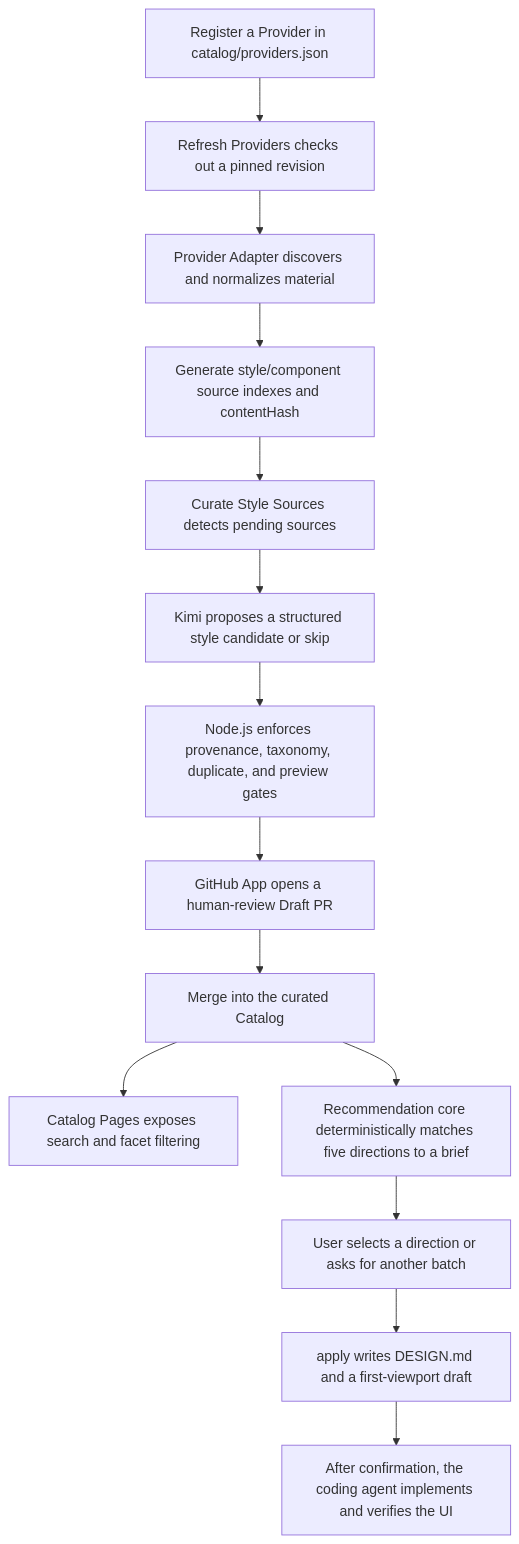
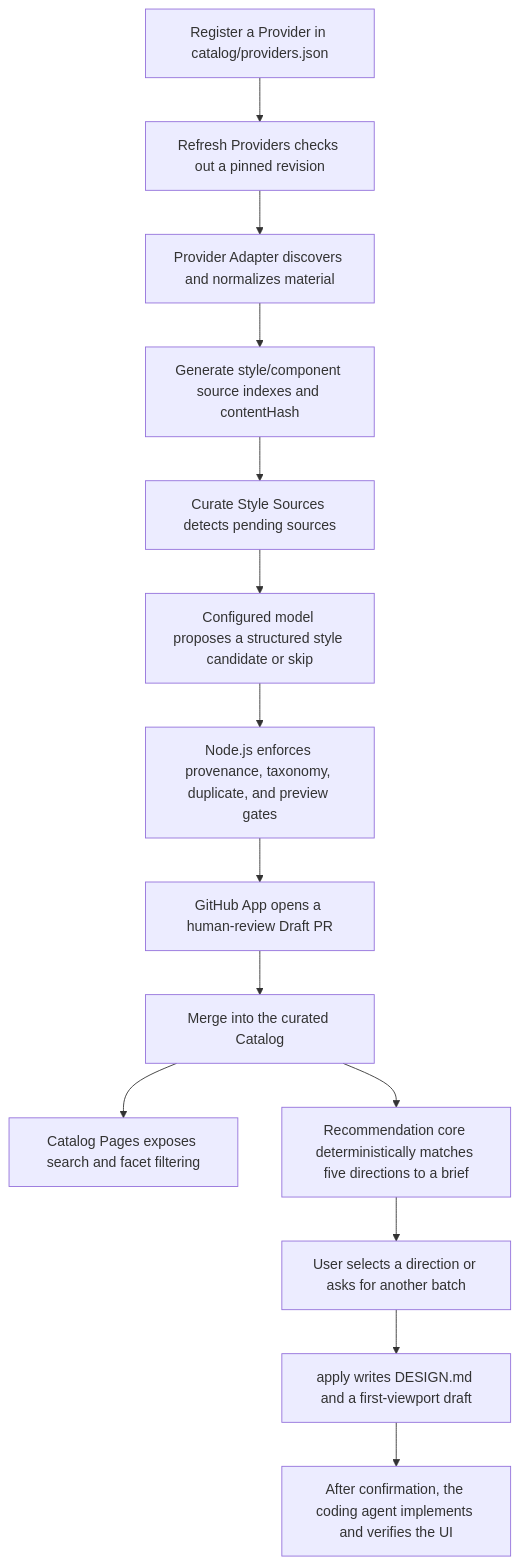
One commit to coconilu/ai-ui-style-director changed the diagram in docs/OVERVIEW.md. Above: the diagram before and after it, drawn with Mermaid. The commit also changed other lines of this file and 21 other files, not shown here.

````diff
--- a/docs/OVERVIEW.md
+++ b/docs/OVERVIEW.md
@@ -11,16 +11,16 @@
 ```mermaid
 flowchart TD
     A["Register a Provider in catalog/providers.json"] --> B["Refresh Providers checks out a pinned revision"]
     B --> C["Provider Adapter discovers and normalizes material"]
     C --> D["Generate style/component source indexes and contentHash"]
     D --> E["Curate Style Sources detects pending sources"]
-    E --> F["Kimi proposes a structured style candidate or skip"]
+    E --> F["Configured model proposes a structured style candidate or skip"]
     F --> G["Node.js enforces provenance, taxonomy, duplicate, and preview gates"]
     G --> H["GitHub App opens a human-review Draft PR"]
     H --> I["Merge into the curated Catalog"]
     I --> J["Catalog Pages exposes search and facet filtering"]
     I --> K["Recommendation core deterministically matches five directions to a brief"]
     K --> L["User selects a direction or asks for another batch"]
     L --> M["apply writes DESIGN.md and a first-viewport draft"]
     M --> N["After confirmation, the coding agent implements and verifies the UI"]
 ```
````
